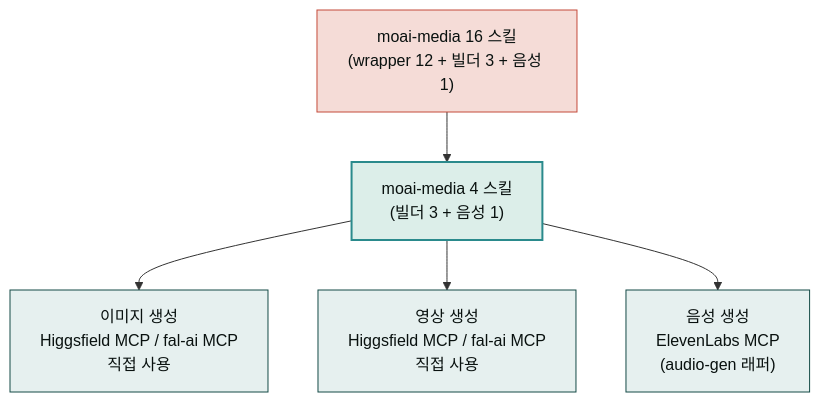
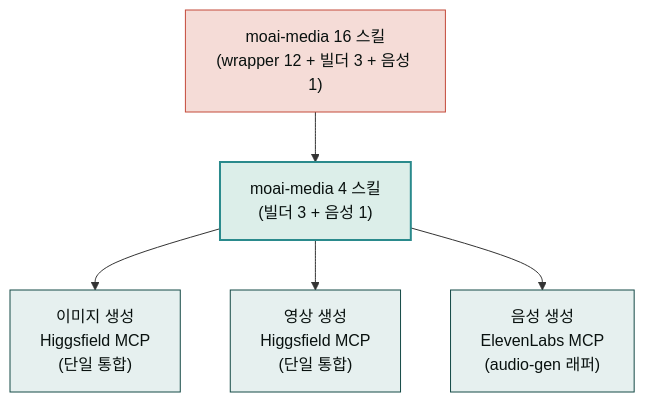
Before and after one commit to modu-ai/claude: the diagram in content/releases/v2.11.md, drawn with Mermaid. The commit also changed other lines of this file and 5 other files, not shown here.

First line of the commit message:
fix: fal-ai 완전 제거(Higgsfield 단일 통합) + 홈 v2.10.0 카드 라벨 정정

````diff
--- a/content/releases/v2.11.md
+++ b/content/releases/v2.11.md
@@ -12,12 +12,12 @@
 ```mermaid
 flowchart TD
     A["moai-media 16 스킬<br/>(wrapper 12 + 빌더 3 + 음성 1)"] --> B["moai-media 4 스킬<br/>(빌더 3 + 음성 1)"]
-    B --> C["이미지 생성<br/>Higgsfield MCP / fal-ai MCP<br/>직접 사용"]
-    B --> D["영상 생성<br/>Higgsfield MCP / fal-ai MCP<br/>직접 사용"]
+    B --> C["이미지 생성<br/>Higgsfield MCP<br/>(단일 통합)"]
+    B --> D["영상 생성<br/>Higgsfield MCP<br/>(단일 통합)"]
     B --> E["음성 생성<br/>ElevenLabs MCP<br/>(audio-gen 래퍼)"]
     style A fill:#f5dcd7,stroke:#c44a3a,color:#09110f
     style B fill:#dceee9,stroke:#2a8a8c,stroke-width:2px,color:#09110f
     style C fill:#e6f0ef,stroke:#144a46,color:#09110f
     style D fill:#e6f0ef,stroke:#144a46,color:#09110f
     style E fill:#e6f0ef,stroke:#144a46,color:#09110f
 ```
````
